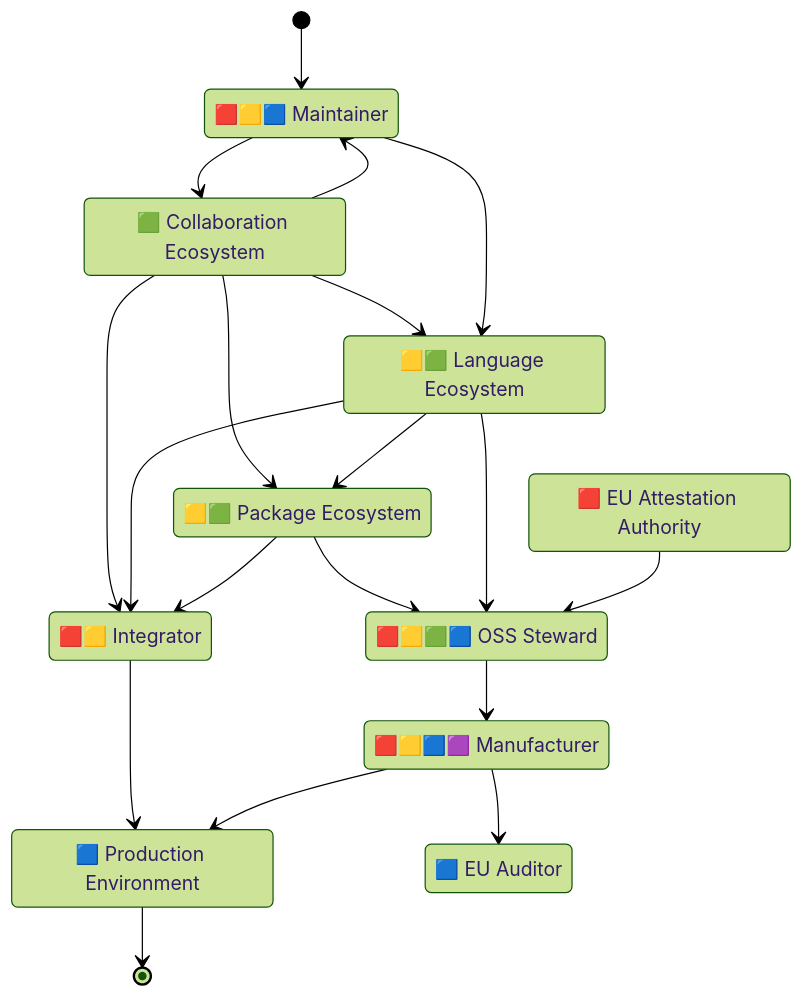
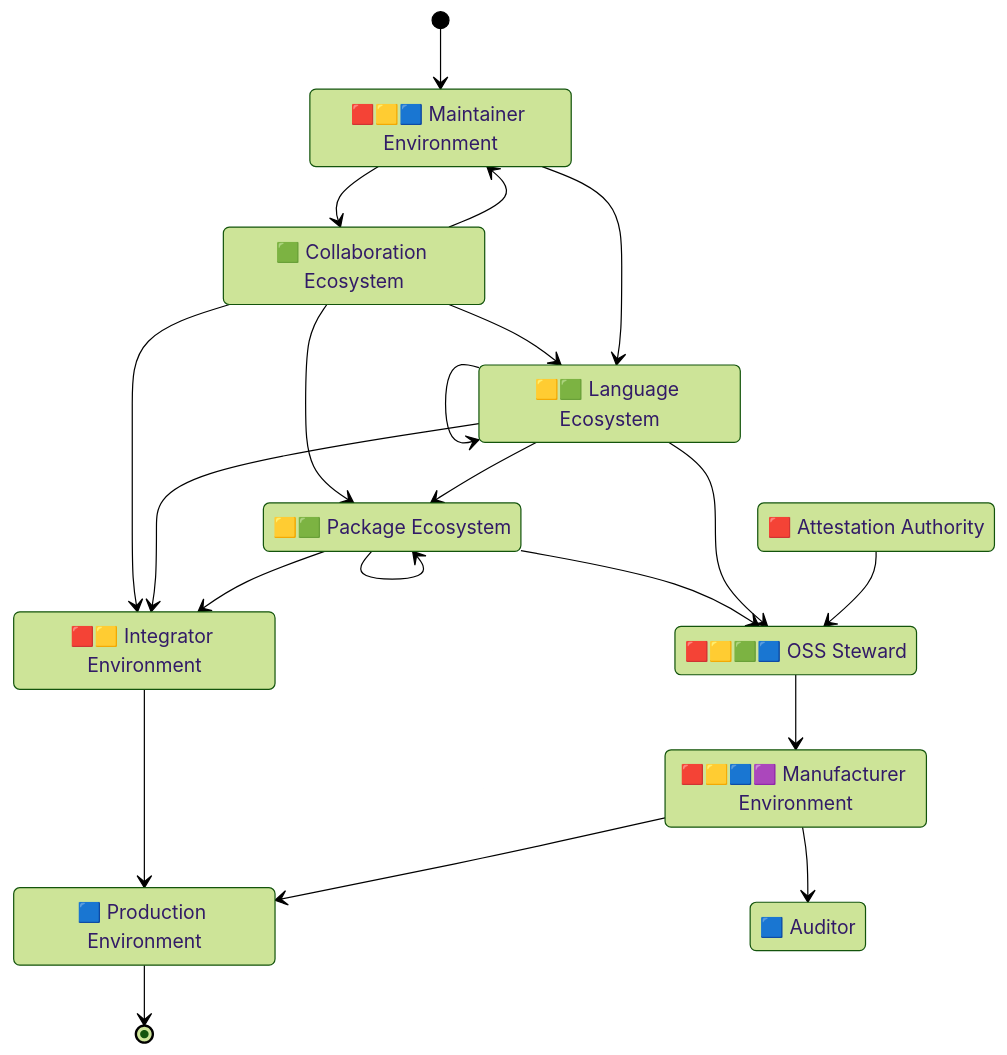
Before and after one commit to CPAN-Security/security.metacpan.org: the first of 2 diagrams in docs/eu-cra-summary.md, drawn with Mermaid (forest theme).

Commit message:
Revert 'Environment' removal in the CRA summary

````diff
--- a/docs/eu-cra-summary.md
+++ b/docs/eu-cra-summary.md
@@ -64,36 +64,44 @@
 ```mermaid
 stateDiagram-v2
     direction TB
 
-    state "🟥🟨🟦 Maintainer" as environment_maintainer
+    state "🟥🟨🟦 Maintainer Environment" as environment_maintainer
     state "🟩 Collaboration Ecosystem" as ecosystem_repo
     state "🟨🟩 Language Ecosystem" as ecosystem_lang
     state "🟨🟩 Package Ecosystem" as ecosystem_package
-    state "🟥 EU Attestation Authority" as authority_attestation
+    state "🟥 Attestation Authority" as authority_attestation
     state "🟥🟨🟩🟦 OSS Steward" as ecosystem_steward
-    state "🟥🟨 Integrator" as environment_integrator
-    state "🟥🟨🟦🟪 Manufacturer" as environment_manufacturer
+    %%state "🟩 Content Delivery Network" as network_delivery
+    state "🟥🟨 Integrator Environment" as environment_integrator
+    state "🟥🟨🟦🟪 Manufacturer Environment" as environment_manufacturer
     state "🟦 Production Environment" as environment_prod
-    state "🟦 EU Auditor" as authority_auditor
-
+    state "🟦 Auditor" as authority_auditor
 
     [*]                      --> environment_maintainer
     ecosystem_repo           --> environment_maintainer
+    %%environment_maintainer   --> network_delivery
     ecosystem_repo           --> ecosystem_lang
     environment_maintainer   --> ecosystem_lang
+    ecosystem_lang           --> ecosystem_lang
     environment_maintainer   --> ecosystem_repo
+    %%ecosystem_lang           --> network_delivery
     ecosystem_repo           --> ecosystem_package
     ecosystem_lang           --> ecosystem_package
+    ecosystem_package        --> ecosystem_package
+    %%ecosystem_package        --> network_delivery
+    %%network_delivery         --> environment_integrator
     ecosystem_package        --> ecosystem_steward
     ecosystem_lang           --> ecosystem_steward
     authority_attestation    --> ecosystem_steward
     ecosystem_repo           --> environment_integrator
     ecosystem_lang           --> environment_integrator
     ecosystem_package        --> environment_integrator
     ecosystem_steward        --> environment_manufacturer
     environment_integrator   --> environment_prod
     environment_manufacturer --> environment_prod
     environment_manufacturer --> authority_auditor
     environment_prod         --> [*]
 
+    %% Copyright © 2024 Salve J. Nilsen <sjn@oslo.pm>
+    %% Some rights reserved. Licenced CC-BY-SA-4.0
 ```
````
